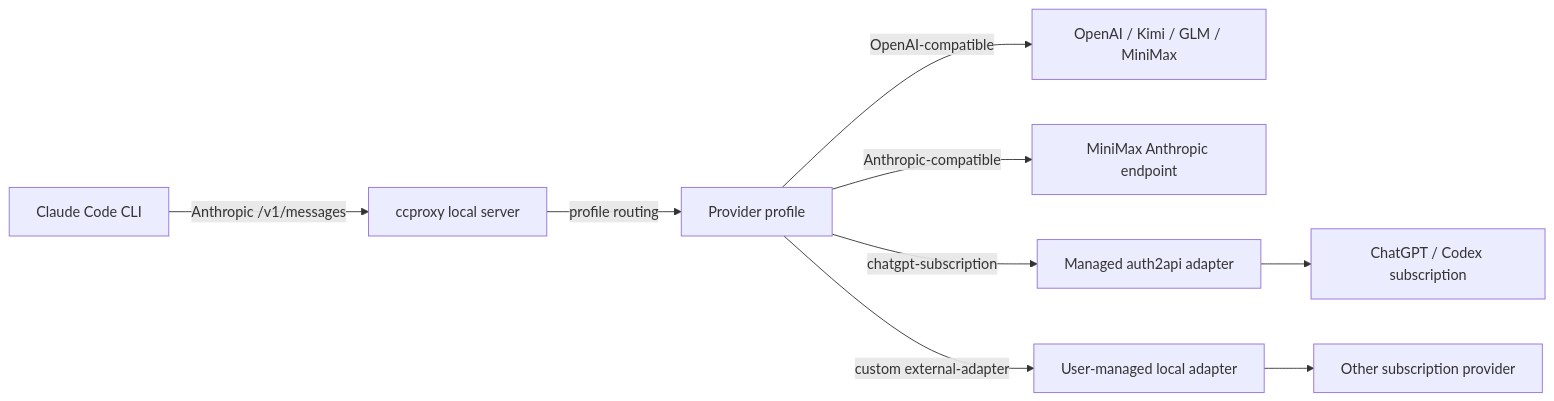
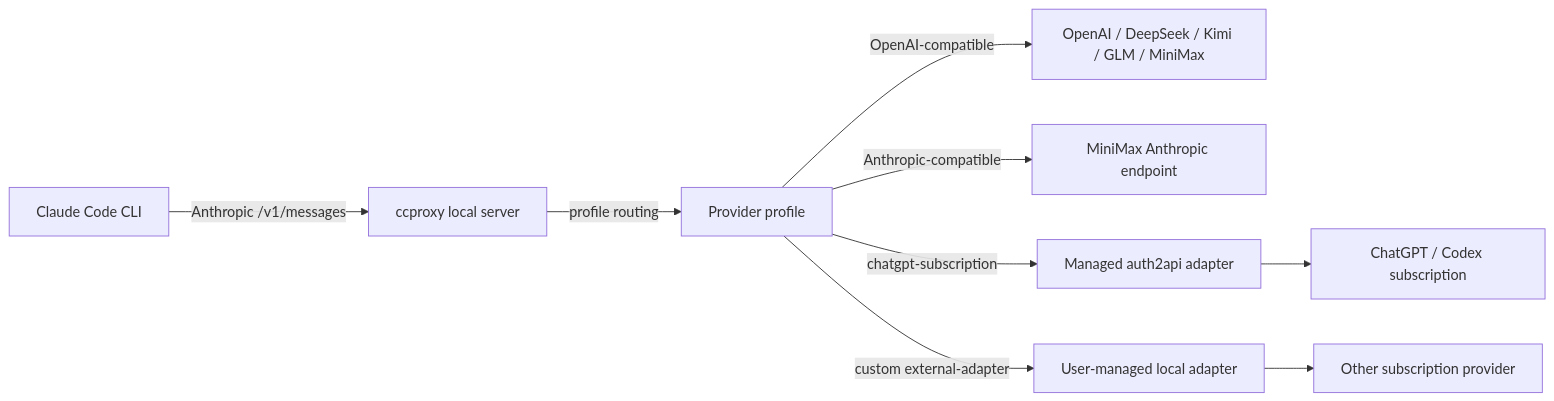
One commit to shuaishuaiZhu-ai/claude-code-proxy changed the diagram in docs/architecture.md. Above: the diagram before and after it, drawn with Mermaid. The commit also changed other lines of this file and 20 other files, not shown here.

````diff
--- a/docs/architecture.md
+++ b/docs/architecture.md
@@ -3,11 +3,11 @@
 ```mermaid
 flowchart LR
   Claude["Claude Code CLI"] -->|"Anthropic /v1/messages"| Proxy["ccproxy local server"]
   Proxy -->|"profile routing"| Router["Provider profile"]
-  Router -->|"OpenAI-compatible"| OpenAI["OpenAI / Kimi / GLM / MiniMax"]
+  Router -->|"OpenAI-compatible"| OpenAI["OpenAI / DeepSeek / Kimi / GLM / MiniMax"]
   Router -->|"Anthropic-compatible"| Anthropic["MiniMax Anthropic endpoint"]
   Router -->|"chatgpt-subscription"| Managed["Managed auth2api adapter"]
   Router -->|"custom external-adapter"| Adapter["User-managed local adapter"]
   Managed --> ChatGPT["ChatGPT / Codex subscription"]
   Adapter --> Provider["Other subscription provider"]
 ```
````
